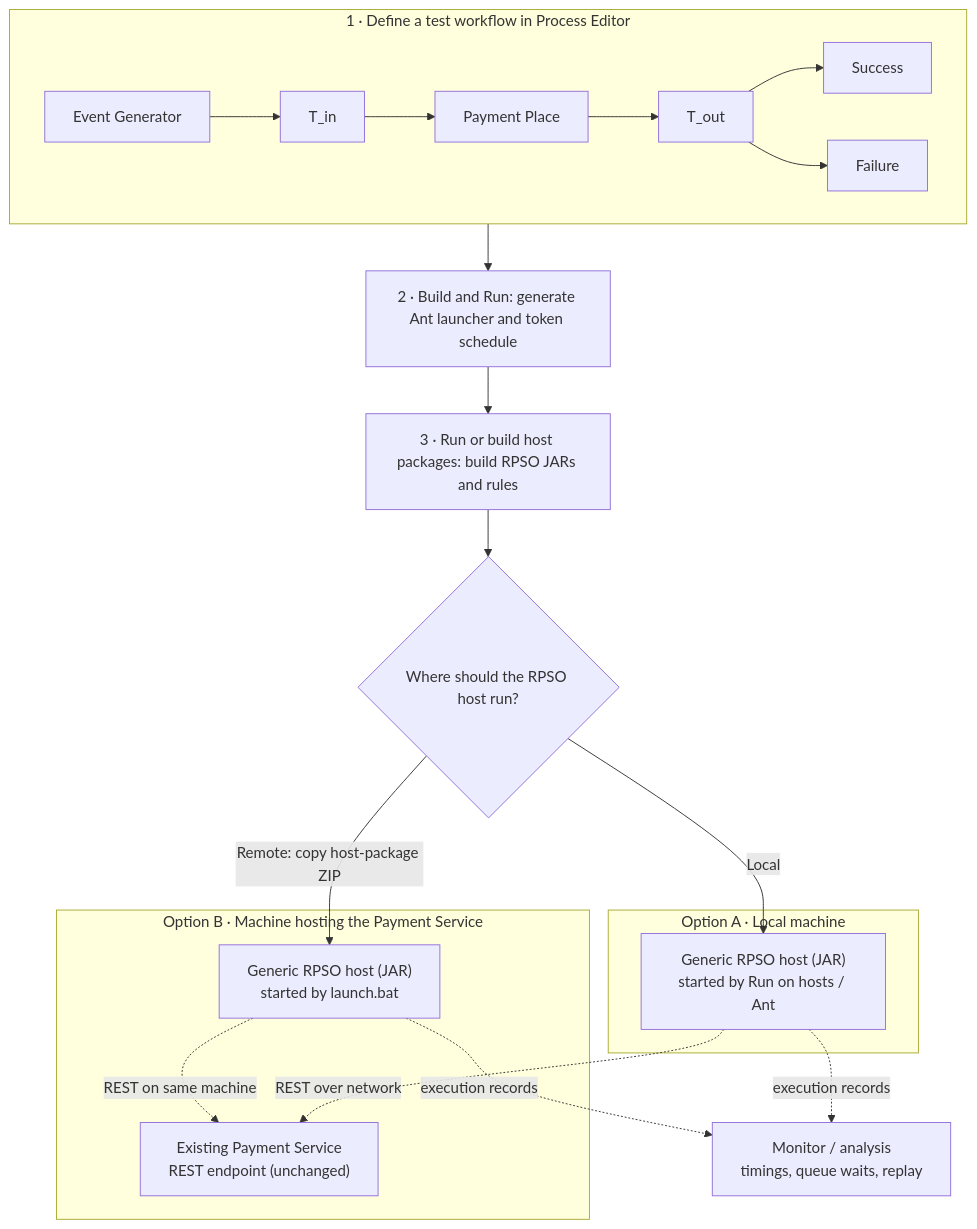
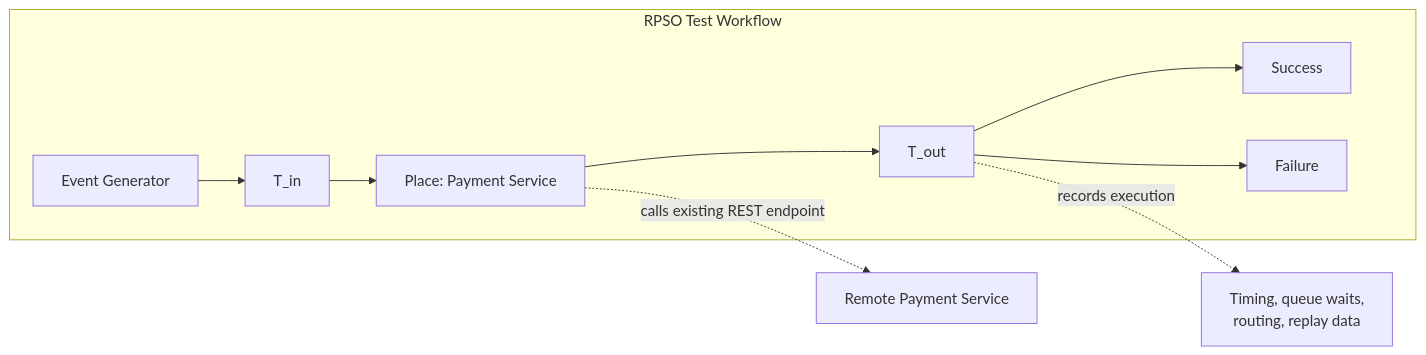
The diagram in README.md (AlexanderAdelAU/Rule-Propagated-Service-Orchestration), drawn with Mermaid before and after one commit. The commit also changed other lines of this file, not shown here.

Commit message:
Restore simple first-use diagram with brief local and remote host description

````diff
--- a/README.md
+++ b/README.md
@@ -15,31 +15,13 @@
 ```mermaid
-flowchart TB
-    subgraph PROCESS["1 · Define a test workflow in Process Editor"]
-        direction LR
+flowchart LR
+    subgraph RPSO["RPSO Test Workflow"]
         EG["Event Generator"] --> TI["T_in"]
-        TI --> P["Payment Place"]
+        TI --> P["Place: Payment Service"]
         P --> TO["T_out"]
         TO --> OK["Success"]
         TO --> FAIL["Failure"]
     end
 
-    PROCESS --> LAUNCH["2 · Build and Run: generate Ant launcher and token schedule"]
-    LAUNCH --> PACKAGE["3 · Run or build host packages: build RPSO JARs and rules"]
-    PACKAGE --> WHERE{"Where should the RPSO host run?"}
-
-    subgraph LOCAL["Option A · Local machine"]
-        LH["Generic RPSO host (JAR)<br/>started by Run on hosts / Ant"]
-    end
-
-    subgraph REMOTE["Option B · Machine hosting the Payment Service"]
-        RH["Generic RPSO host (JAR)<br/>started by launch.bat"]
-        SERVICE["Existing Payment Service<br/>REST endpoint (unchanged)"]
-        RH -. "REST on same machine" .-> SERVICE
-    end
-
-    WHERE -->|"Local"| LH
-    WHERE -->|"Remote: copy host-package ZIP"| RH
-    LH -. "REST over network" .-> SERVICE
-    LH -. "execution records" .-> OBS["Monitor / analysis<br/>timings, queue waits, replay"]
-    RH -. "execution records" .-> OBS
+    P -. "calls existing REST endpoint" .-> REST["Remote Payment Service"]
+    TO -. "records execution" .-> OBS["Timing, queue waits,<br/>routing, replay data"]
 ```
````
